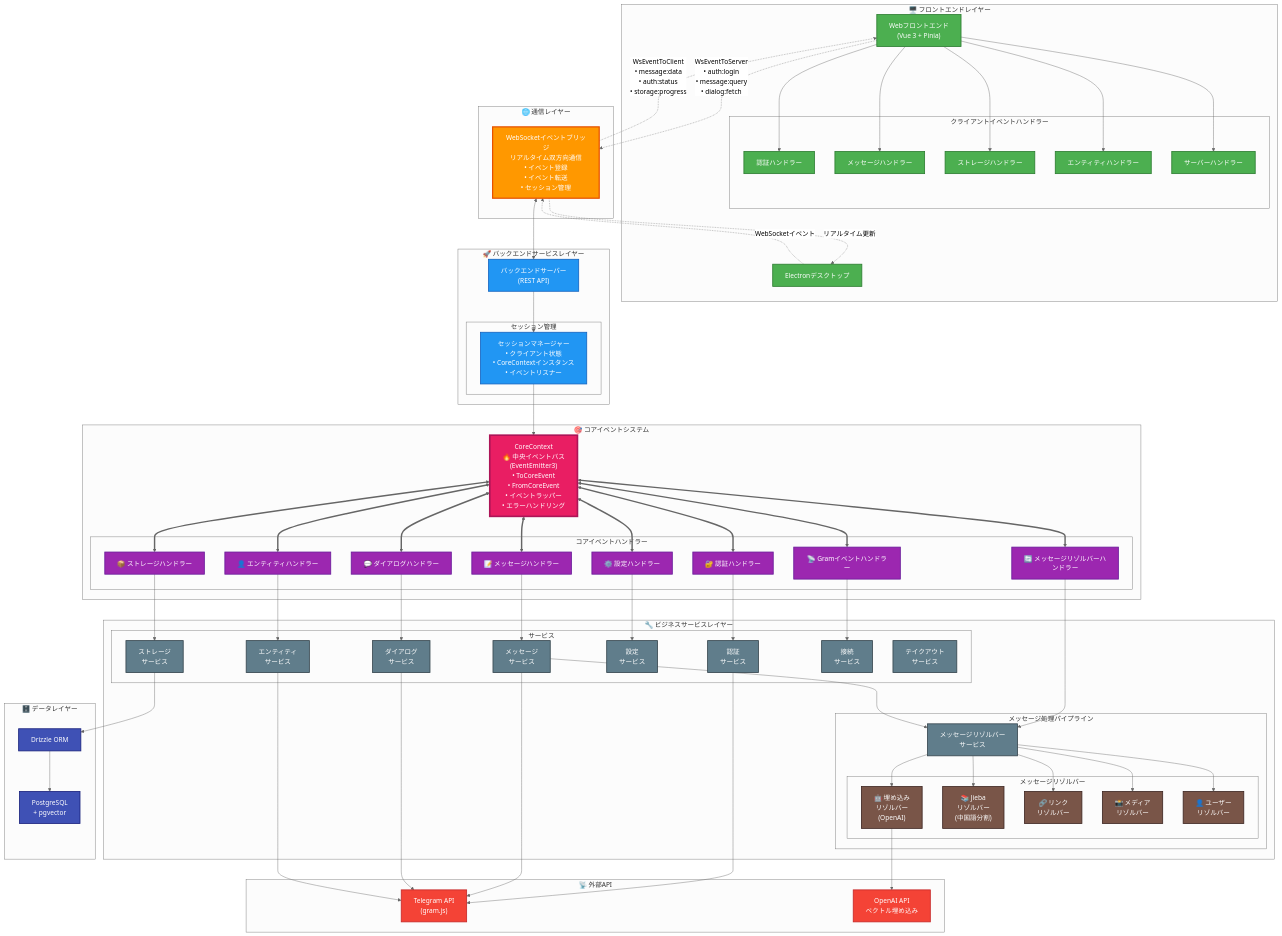
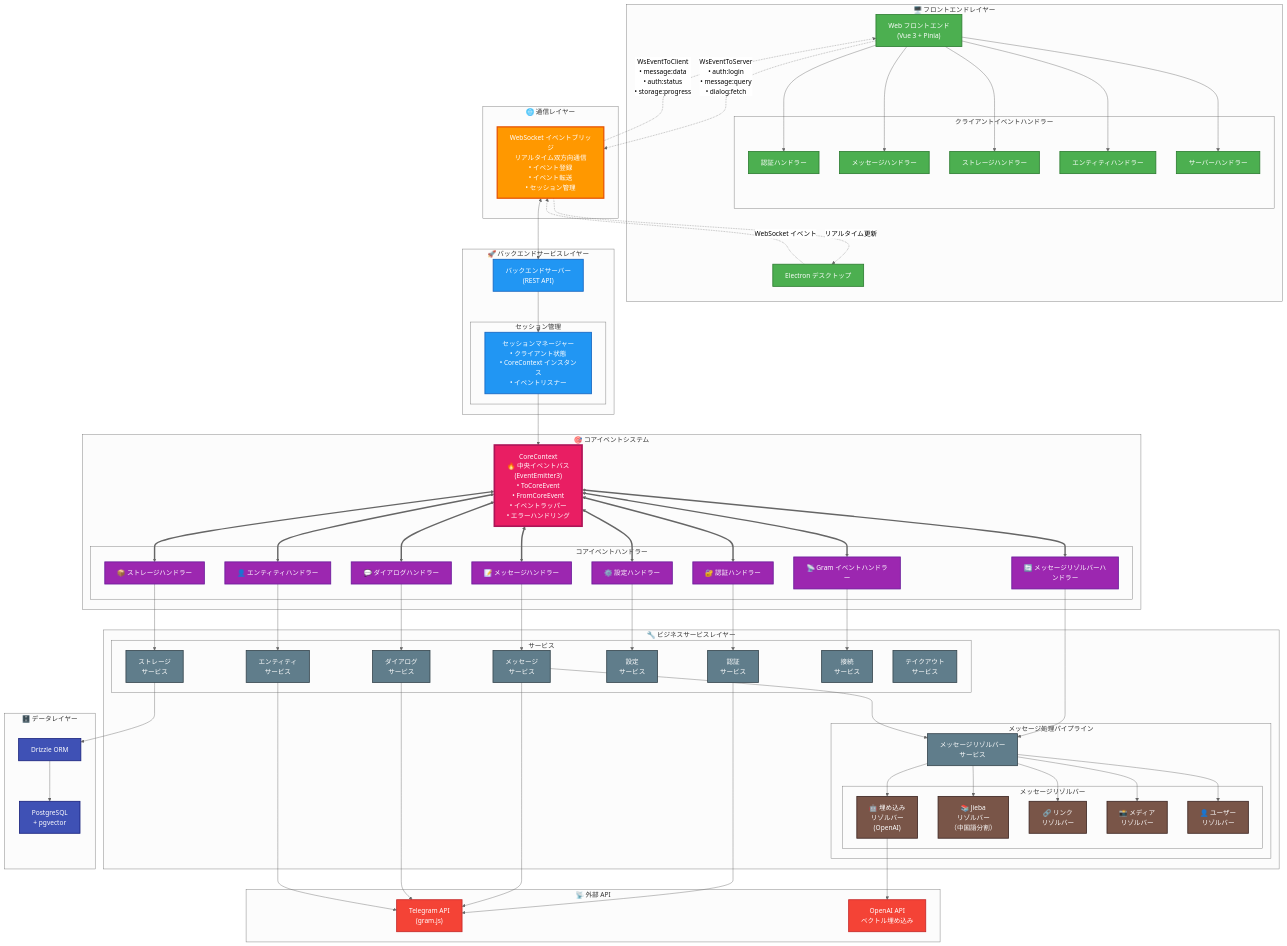
One commit to groupultra/telegram-search changed the diagram in docs/README_JA.md. Above: the diagram before and after it, drawn with Mermaid (neutral theme). The commit also changed other lines of this file and 2 other files, not shown here.

````diff
--- a/docs/README_JA.md
+++ b/docs/README_JA.md
@@ -151,8 +152,8 @@
 ```mermaid
 graph TB
     subgraph "🖥️ フロントエンドレイヤー"
-        Frontend["Webフロントエンド<br/>(Vue 3 + Pinia)"]
-        Electron["Electronデスクトップ"]
+        Frontend["Web フロントエンド<br/>(Vue 3 + Pinia)"]
+        Electron["Electron デスクトップ"]
         
         subgraph "クライアントイベントハンドラー"
             ClientAuth["認証ハンドラー"]
@@ -164,14 +165,14 @@
     end
 
     subgraph "🌐 通信レイヤー"
-        WS["WebSocketイベントブリッジ<br/>リアルタイム双方向通信<br/>• イベント登録<br/>• イベント転送<br/>• セッション管理"]
+        WS["WebSocket イベントブリッジ<br/>リアルタイム双方向通信<br/>• イベント登録<br/>• イベント転送<br/>• セッション管理"]
     end
 
     subgraph "🚀 バックエンドサービスレイヤー"
         Server["バックエンドサーバー<br/>(REST API)"]
         
         subgraph "セッション管理"
-            SessionMgr["セッションマネージャー<br/>• クライアント状態<br/>• CoreContextインスタンス<br/>• イベントリスナー"]
+            SessionMgr["セッションマネージャー<br/>• クライアント状態<br/>• CoreContext インスタンス<br/>• イベントリスナー"]
         end
     end
 
@@ -185,7 +186,7 @@
             StorageHandler["📦 ストレージハンドラー"]
             ConfigHandler["⚙️ 設定ハンドラー"]
             EntityHandler["👤 エンティティハンドラー"]
-            GramEventsHandler["📡 Gramイベントハンドラー"]
+            GramEventsHandler["📡 Gram イベントハンドラー"]
             MessageResolverHandler["🔄 メッセージリゾルバーハンドラー"]
         end
     end
@@ -207,7 +208,7 @@
             
             subgraph "メッセージリゾルバー"
                 EmbeddingResolver["🤖 埋め込み<br/>リゾルバー<br/>(OpenAI)"]
-                JiebaResolver["📚 Jieba<br/>リゾルバー<br/>(中国語分割)"]
+                JiebaResolver["📚 Jieba<br/>リゾルバー<br/>（中国語分割）"]
                 LinkResolver["🔗 リンク<br/>リゾルバー"]
                 MediaResolver["📸 メディア<br/>リゾルバー"]
                 UserResolver["👤 ユーザー<br/>リゾルバー"]
@@ -220,16 +221,16 @@
         Drizzle["Drizzle ORM"]
     end
 
-    subgraph "📡 外部API"
+    subgraph "📡 外部 API"
         TelegramAPI["Telegram API<br/>(gram.js)"]
         OpenAI["OpenAI API<br/>ベクトル埋め込み"]
     end
 
-    %% WebSocketイベントフロー
+    %% WebSocket イベントフロー
     Frontend -.->|"WsEventToServer<br/>• auth:login<br/>• message:query<br/>• dialog:fetch"| WS
     WS -.->|"WsEventToClient<br/>• message:data<br/>• auth:status<br/>• storage:progress"| Frontend
     
-    Electron -.->|"WebSocketイベント"| WS
+    Electron -.->|"WebSocket イベント"| WS
     WS -.->|"リアルタイム更新"| Electron
 
     %% サーバーレイヤー
@@ -269,7 +270,7 @@
     StorageService --> Drizzle
     Drizzle --> DB
 
-    %% 外部API
+    %% 外部 API
     AuthService --> TelegramAPI
     MessageService --> TelegramAPI
     DialogService --> TelegramAPI
````
